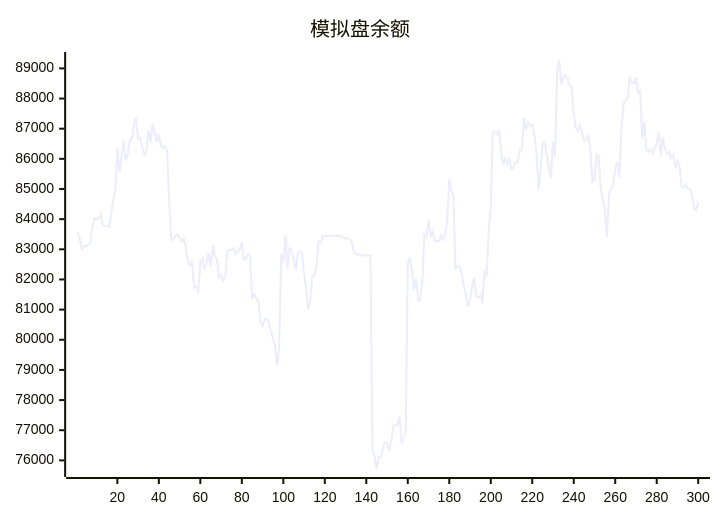
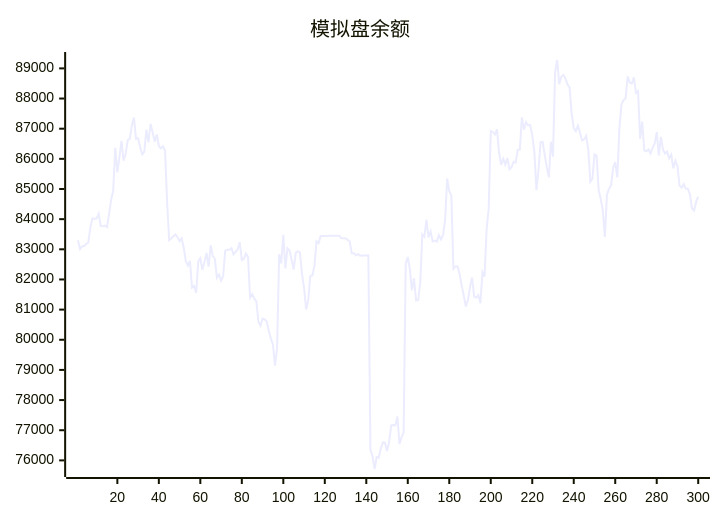
One commit to aahl/ai-trading changed the diagram in README.md. Above: the diagram before and after it, drawn with Mermaid. The commit also changed other lines of this file and 1 other file, not shown here.

````diff
--- a/README.md
+++ b/README.md
@@ -5,5 +5,5 @@
 ```mermaid
 xychart
     title "模拟盘余额"
-    line [83569,83298,83008,83093,83107,83175,83228,83729,84025,84017,84019,84177,83775,83762,83785,83738,84160,84639,84939,86370,85548,86046,86599,85942,86161,86622,86664,87115,87369,86666,86685,86384,86152,86243,86969,86548,87164,86885,86566,86809,86427,86348,86417,86273,84538,83299,83369,83430,83490,83404,83270,83362,83056,82605,82459,82614,81734,81788,81551,82598,82702,82320,82580,82878,82426,83139,82778,82686,82056,82166,81963,82110,82951,82983,82984,83038,82838,82915,82998,83235,82642,82682,82858,82746,81396,81512,81362,81277,80600,80461,80699,80673,80616,80288,80038,79836,79142,79722,82837,82533,83480,82366,83032,82960,82654,82330,82883,82934,82901,82188,81728,81005,81298,82110,82135,82449,83264,83203,83440,83439,83440,83440,83446,83447,83448,83447,83448,83449,83369,83369,83369,83313,83256,82872,82873,82801,82844,82785,82791,82791,82793,82794,76339,76145,75714,76110,76096,76397,76594,76585,76310,76607,77160,77170,77160,77456,76541,76774,76927,82520,82744,82337,81639,82040,81307,81314,81887,83490,83414,83984,83396,83594,83261,83287,83253,83470,83327,83465,83987,85348,84930,84786,82355,82433,82438,82167,81795,81466,81105,81315,81756,82064,81426,81398,81481,81210,82242,82099,83658,84359,86925,86892,86814,86980,86203,85802,86003,85811,86028,85657,85721,85896,85880,86300,86299,87378,86965,87214,87115,87118,86780,86238,84966,85623,86555,86562,86129,85722,85387,86569,86070,88870,89278,88477,88720,88781,88668,88467,88372,87493,87018,86917,87102,86870,86613,86644,86758,86317,85242,85334,86149,86106,84968,84671,84302,83410,84816,85001,85127,85693,85891,85384,87001,87811,87945,88007,88734,88528,88495,88705,88189,88248,86662,87234,86279,86251,86314,86177,86364,86503,86886,86114,86731,86310,86176,86240,86017,86136,85685,85938,85749,85111,85044,85164,85016,85008,84824,84354,84287,84572]
+    line [83298,83008,83093,83107,83175,83228,83729,84025,84017,84019,84177,83775,83762,83785,83738,84160,84639,84939,86370,85548,86046,86599,85942,86161,86622,86664,87115,87369,86666,86685,86384,86152,86243,86969,86548,87164,86885,86566,86809,86427,86348,86417,86273,84538,83299,83369,83430,83490,83404,83270,83362,83056,82605,82459,82614,81734,81788,81551,82598,82702,82320,82580,82878,82426,83139,82778,82686,82056,82166,81963,82110,82951,82983,82984,83038,82838,82915,82998,83235,82642,82682,82858,82746,81396,81512,81362,81277,80600,80461,80699,80673,80616,80288,80038,79836,79142,79722,82837,82533,83480,82366,83032,82960,82654,82330,82883,82934,82901,82188,81728,81005,81298,82110,82135,82449,83264,83203,83440,83439,83440,83440,83446,83447,83448,83447,83448,83449,83369,83369,83369,83313,83256,82872,82873,82801,82844,82785,82791,82791,82793,82794,76339,76145,75714,76110,76096,76397,76594,76585,76310,76607,77160,77170,77160,77456,76541,76774,76927,82520,82744,82337,81639,82040,81307,81314,81887,83490,83414,83984,83396,83594,83261,83287,83253,83470,83327,83465,83987,85348,84930,84786,82355,82433,82438,82167,81795,81466,81105,81315,81756,82064,81426,81398,81481,81210,82242,82099,83658,84359,86925,86892,86814,86980,86203,85802,86003,85811,86028,85657,85721,85896,85880,86300,86299,87378,86965,87214,87115,87118,86780,86238,84966,85623,86555,86562,86129,85722,85387,86569,86070,88870,89278,88477,88720,88781,88668,88467,88372,87493,87018,86917,87102,86870,86613,86644,86758,86317,85242,85334,86149,86106,84968,84671,84302,83410,84816,85001,85127,85693,85891,85384,87001,87811,87945,88007,88734,88528,88495,88705,88189,88248,86662,87234,86279,86251,86314,86177,86364,86503,86886,86114,86731,86310,86176,86240,86017,86136,85685,85938,85749,85111,85044,85164,85016,85008,84824,84354,84287,84572,84745]
 ```
````
